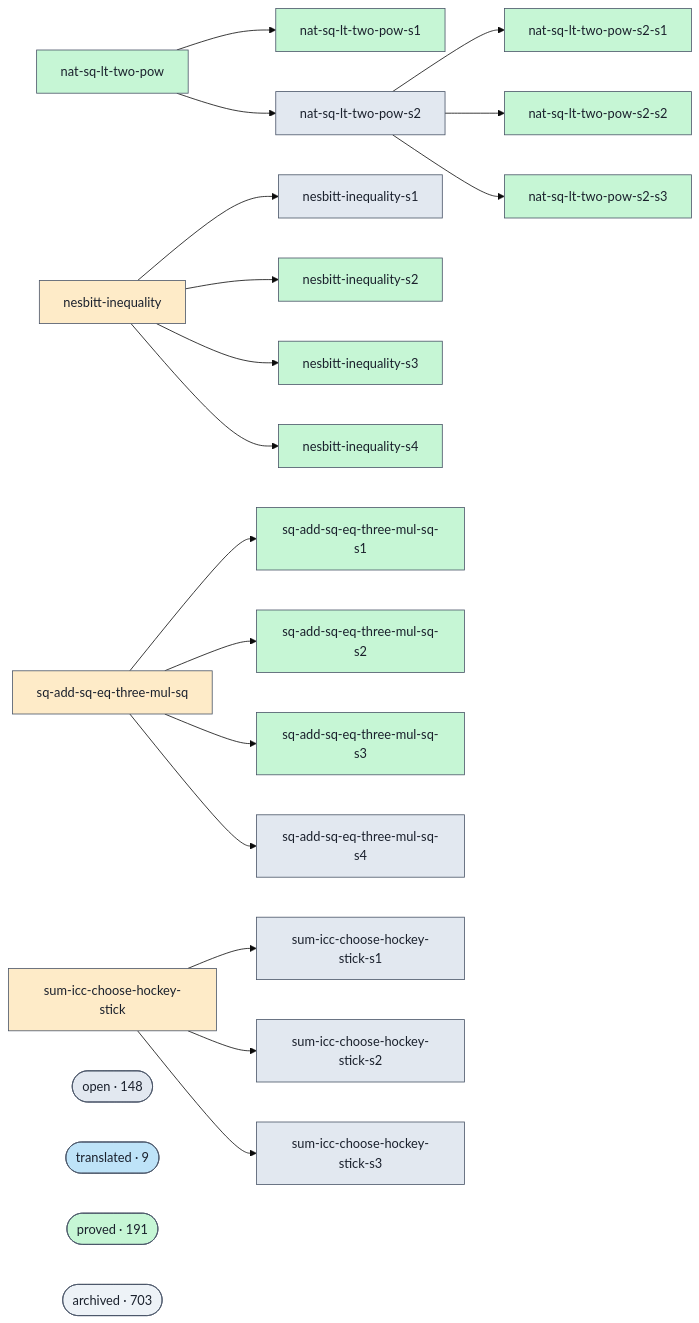
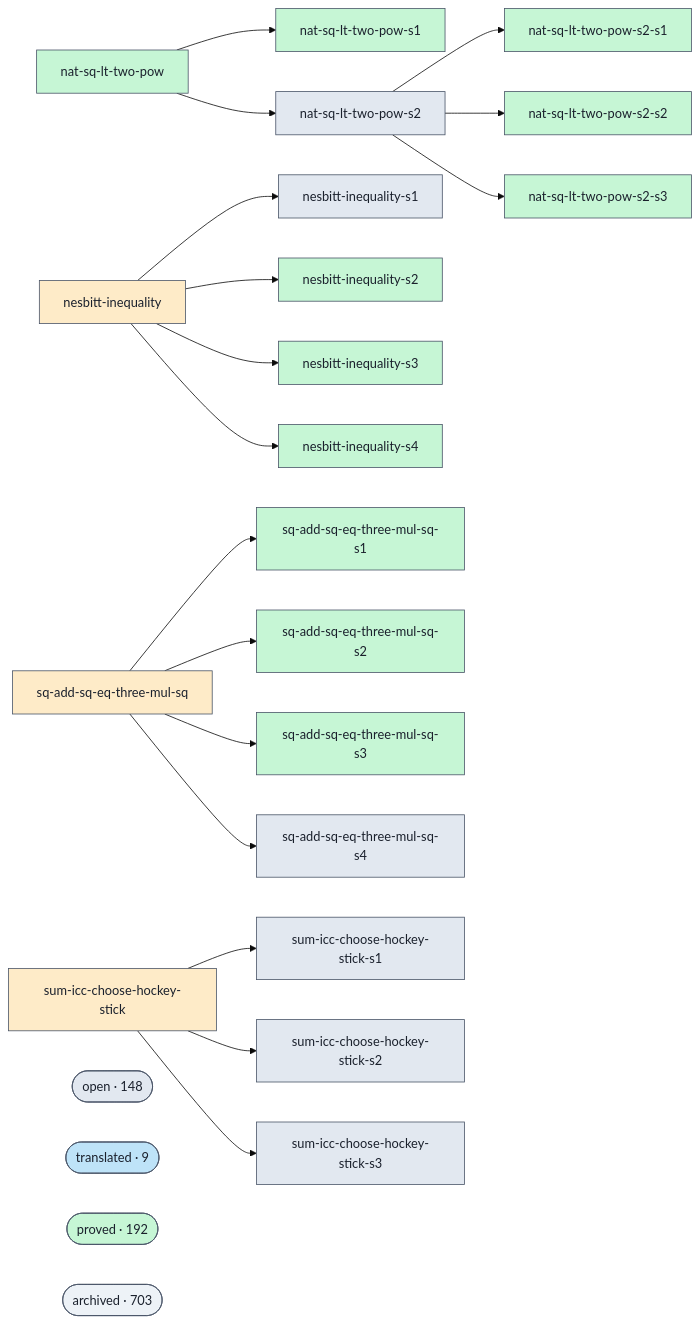
One commit to ohdearquant/unsorry changed the diagram in docs/proofs-contributors-visualisation.md. Above: the diagram before and after it, drawn with Mermaid (base theme). The commit also changed other lines of this file and 2 other files, not shown here.

```diff
--- a/docs/proofs-contributors-visualisation.md
+++ b/docs/proofs-contributors-visualisation.md
@@ -102,7 +102,7 @@
   class cluster_open open;
   cluster_translated(["translated · 9"])
   class cluster_translated translated;
-  cluster_proved(["proved · 191"])
+  cluster_proved(["proved · 192"])
   class cluster_proved proved;
   cluster_archived(["archived · 703"])
   class cluster_archived unknown;
```
